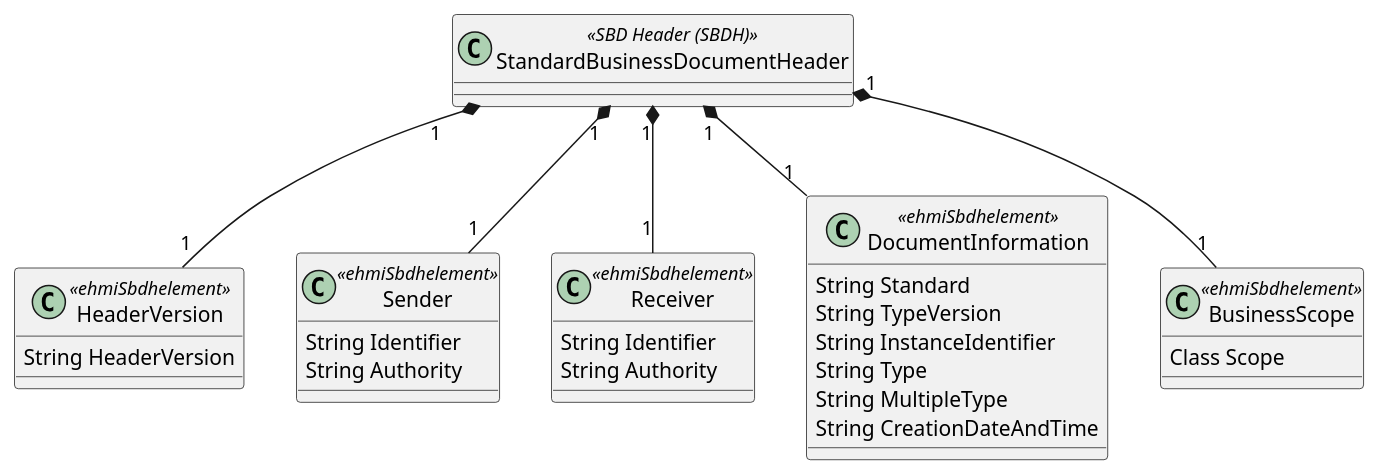
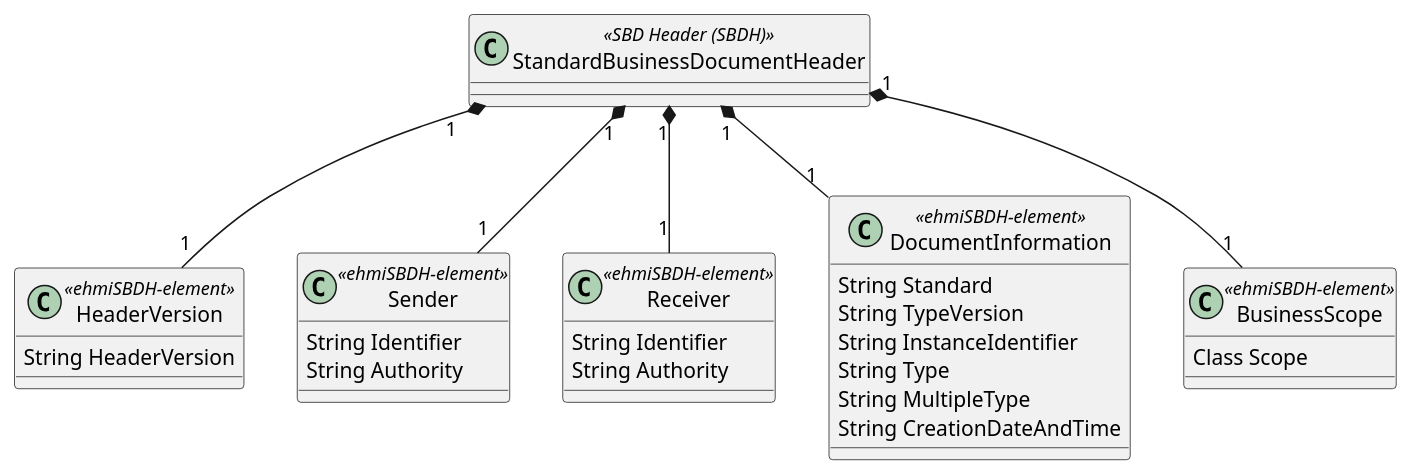
One commit to medcomdk/dk-ehmi-sbdh changed the diagram in images-source/ClassSbdhBasic.plantuml. Above: the diagram before and after it, drawn with PlantUML. The commit also changed 9 other files, not shown here.

```diff
--- a/images-source/ClassSbdhBasic.plantuml
+++ b/images-source/ClassSbdhBasic.plantuml
@@ -1,50 +1,50 @@
 @startuml SBD
 
 class HeaderVersion
 {
     String HeaderVersion
 }
 
 class Sender
 {
     String Identifier
     String Authority
 }
 
 class Receiver
 {
     String Identifier
     String Authority
 }
 
 class DocumentInformation
 {
     String Standard
     String TypeVersion
     String InstanceIdentifier
     String Type
     String MultipleType
     String CreationDateAndTime
 }
 
 class BusinessScope
 {
     Class Scope
 }
 
 class "StandardBusinessDocumentHeader" as ehmiSbdh<<SBD Header (SBDH)>>
-class "HeaderVersion" as HeaderVersion <<ehmiSbdhelement>>
-class "Sender" as Sender <<ehmiSbdhelement>>
-class "Receiver" as Receiver <<ehmiSbdhelement>>
-class "DocumentInformation" as DocumentInformation <<ehmiSbdhelement>>
-class "BusinessScope" as BusinessScope <<ehmiSbdhelement>>
+class "HeaderVersion" as HeaderVersion <<ehmiSBDH-element>>
+class "Sender" as Sender <<ehmiSBDH-element>>
+class "Receiver" as Receiver <<ehmiSBDH-element>>
+class "DocumentInformation" as DocumentInformation <<ehmiSBDH-element>>
+class "BusinessScope" as BusinessScope <<ehmiSBDH-element>>
 
 
 ehmiSbdh"1" *-- "1" HeaderVersion 
 ehmiSbdh"1" *-- "1" Sender 
 ehmiSbdh"1" *-- "1" Receiver 
 ehmiSbdh"1" *-- "1" DocumentInformation 
 ehmiSbdh"1" *-- "1" BusinessScope 
 
 
 @enduml
```
